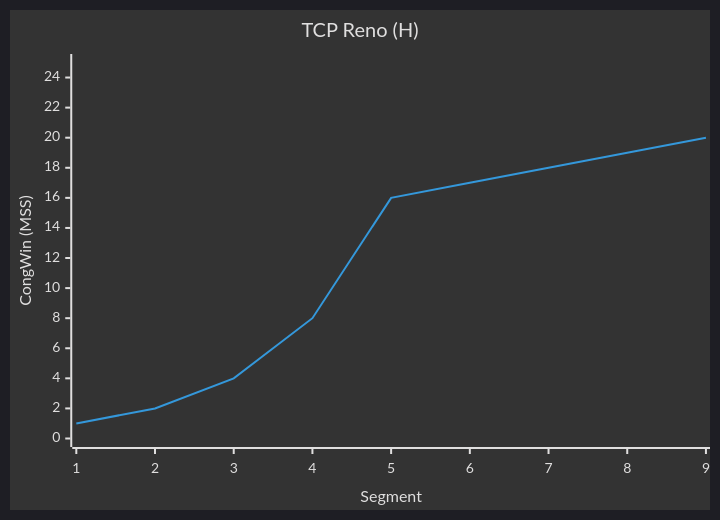
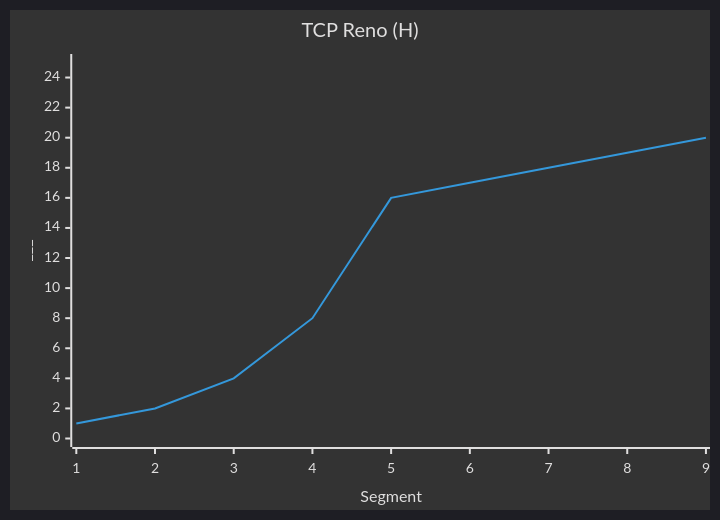
One commit to noluyorAbi/quartzDeployment changed the sixth of 11 diagrams in content/4.Semester/Informatik/RNVS/RNVS-Klausurvorbereitung/2018/RNVS-Altklausur-2018.md. Above: the diagram before and after it, drawn with Mermaid. The commit also changed other lines of this file and 3 other files, not shown here.

````diff
--- a/content/4.Semester/Informatik/RNVS/RNVS-Klausurvorbereitung/2018/RNVS-Altklausur-2018.md
+++ b/content/4.Semester/Informatik/RNVS/RNVS-Klausurvorbereitung/2018/RNVS-Altklausur-2018.md
@@ -384,14 +986,14 @@
 ```mermaid
 %%{init: {'theme': 'dark', 'themeVariables': { 'lineColor': '#00FFFF', 'titleColor': '#FFFFFF', 'xAxisLabelColor': '#FFFFFF', 'xAxisTitleColor': '#FFFFFF', 'yAxisLabelColor': '#FFFFFF', 'yAxisTitleColor': '#FFFFFF', 'chartBackground': '#000000', 'gridColor': '#444444', 'lineStrokeWidth': 2 }}}%%
 
 xychart-beta
 
 title "TCP Reno (H)"
 
 x-axis Segment
 
-y-axis "CongWin (MSS)" 0 --> 25
+y-axis "___" 0 --> 25
 
 line [1, 2, 4, 8, 16, 17, 18, 19, 20]
 
 ```
````
